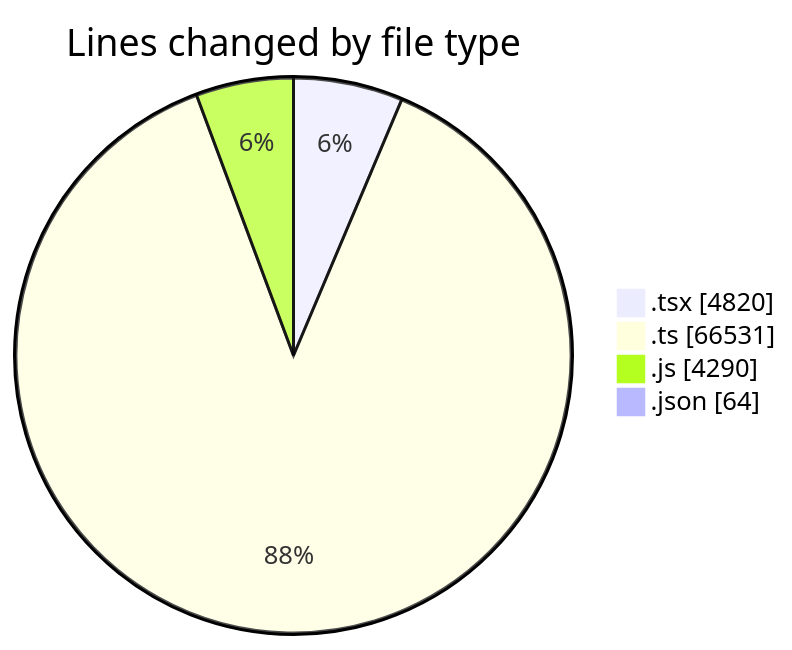
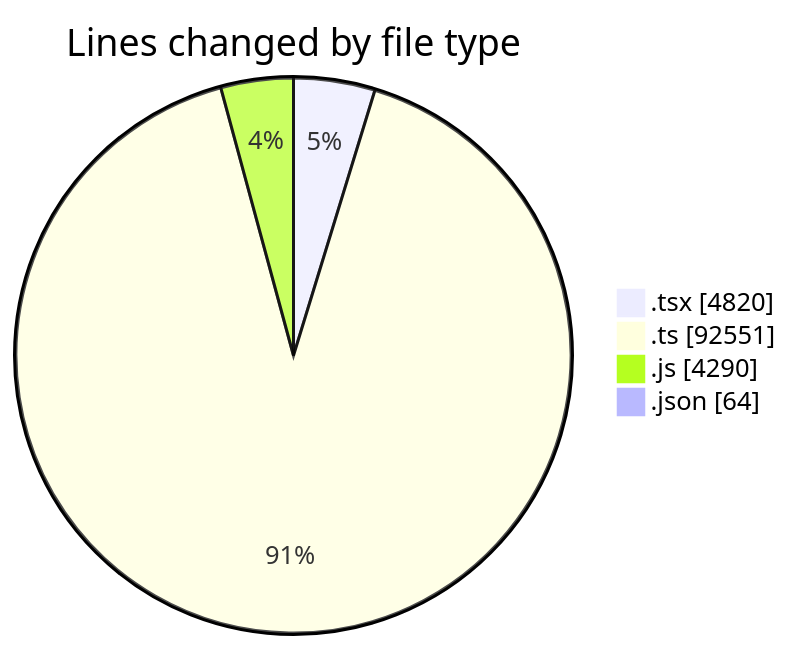
The first of 2 diagrams in 2026-07-30/cda/README.md (momahboobian/code-tracking), drawn with Mermaid before and after one commit. The commit also changed other lines of this file and 1 other file, not shown here.

````diff
--- a/2026-07-30/cda/README.md
+++ b/2026-07-30/cda/README.md
@@ -55,8 +55,8 @@
 ```mermaid
 pie showData
 title Lines changed by file type
 ".tsx" : 4820
-".ts" : 66531
+".ts" : 92551
 ".js" : 4290
 ".json" : 64
 ```
````
